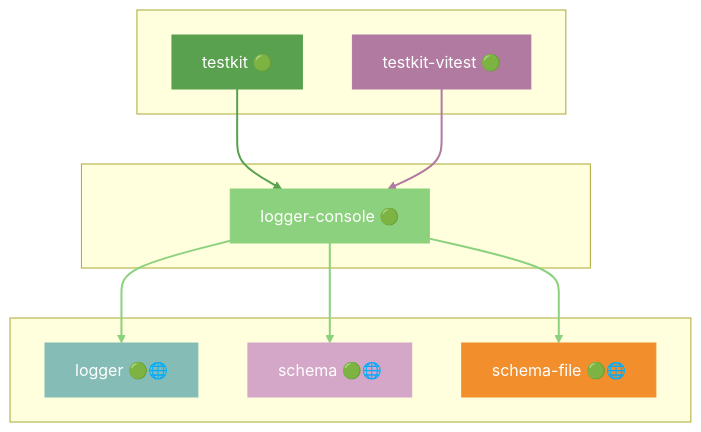
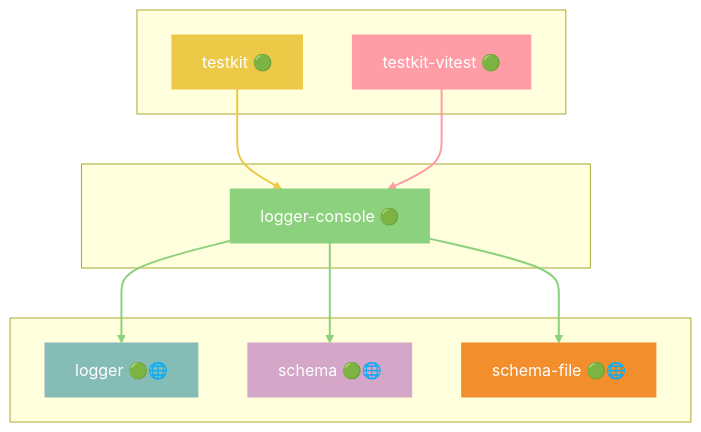
One commit to grest-ts/grest-ts changed diagram 31 of 48 in docs/DEPENDENCIES.md. Above: the diagram before and after it, drawn with Mermaid. The commit also changed other lines of this file and 21 other files, not shown here.

````diff
--- a/docs/DEPENDENCIES.md
+++ b/docs/DEPENDENCIES.md
@@ -1631,31 +1653,31 @@
 ```mermaid
 flowchart TB
     subgraph Dependents[" "]
         testkit["testkit 🟢"]
         testkit-vitest["testkit-vitest 🟢"]
     end
     subgraph Package[" "]
         logger-console["logger-console 🟢"]
     end
     subgraph Dependencies[" "]
         logger["logger 🟢🌐"]
         schema["schema 🟢🌐"]
         schema-file["schema-file 🟢🌐"]
     end
     testkit --> logger-console
     testkit-vitest --> logger-console
     logger-console --> logger
     logger-console --> schema
     logger-console --> schema-file
     style logger-console fill:#8CD17D,stroke:#8CD17D,color:#fff
-    style testkit fill:#59A14F,stroke:#59A14F,color:#fff
-    style testkit-vitest fill:#B07AA1,stroke:#B07AA1,color:#fff
+    style testkit fill:#EDC948,stroke:#EDC948,color:#fff
+    style testkit-vitest fill:#FF9DA7,stroke:#FF9DA7,color:#fff
     style logger fill:#86BCB6,stroke:#86BCB6,color:#fff
     style schema fill:#D4A6C8,stroke:#D4A6C8,color:#fff
     style schema-file fill:#F28E2B,stroke:#F28E2B,color:#fff
-    linkStyle 0 stroke:#59A14F,stroke-width:2px
-    linkStyle 1 stroke:#B07AA1,stroke-width:2px
+    linkStyle 0 stroke:#EDC948,stroke-width:2px
+    linkStyle 1 stroke:#FF9DA7,stroke-width:2px
     linkStyle 2 stroke:#8CD17D,stroke-width:2px
     linkStyle 3 stroke:#8CD17D,stroke-width:2px
     linkStyle 4 stroke:#8CD17D,stroke-width:2px
 ```
````
